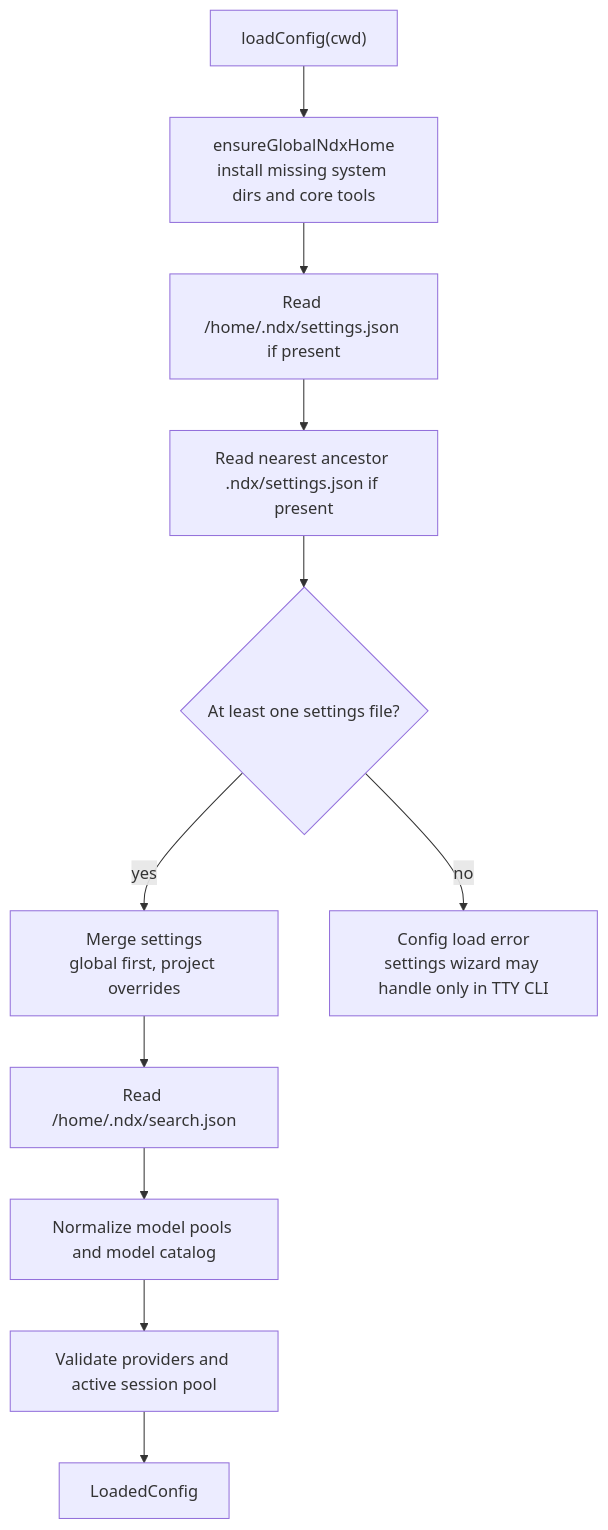
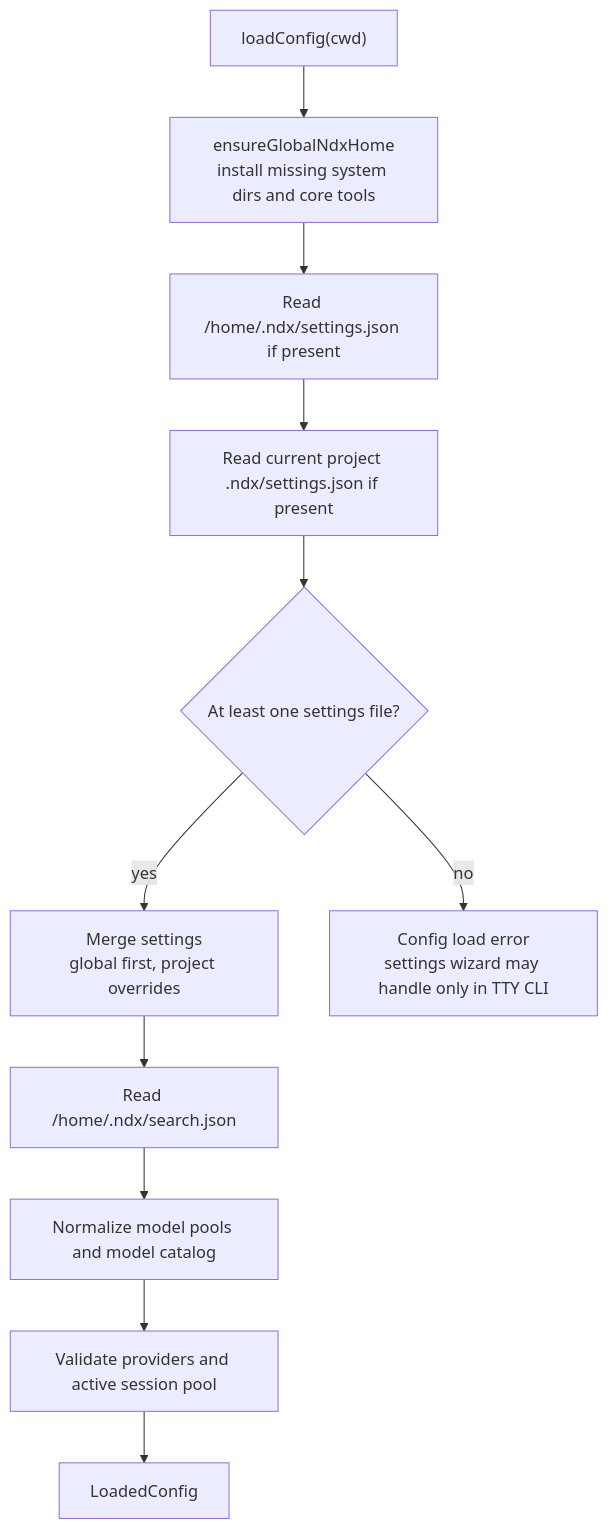
Before and after one commit to hikaMaeng/ndx: the tenth of 20 diagrams in docs/system-architecture.md, drawn with Mermaid. The commit also changed other lines of this file and 15 other files, not shown here.

````diff
--- a/docs/system-architecture.md
+++ b/docs/system-architecture.md
@@ -373,18 +373,18 @@
 ```mermaid
 flowchart TD
   start["loadConfig(cwd)"]
   bootstrap["ensureGlobalNdxHome\ninstall missing system dirs and core tools"]
   global["Read /home/.ndx/settings.json if present"]
-  project["Read nearest ancestor .ndx/settings.json if present"]
+  project["Read current project .ndx/settings.json if present"]
   exists{"At least one settings file?"}
   merge["Merge settings\nglobal first, project overrides"]
   search["Read /home/.ndx/search.json"]
   normalize["Normalize model pools and model catalog"]
   validate["Validate providers and active session pool"]
   loaded["LoadedConfig"]
   fail["Config load error\nsettings wizard may handle only in TTY CLI"]
 
   start --> bootstrap --> global --> project --> exists
   exists -->|"yes"| merge --> search --> normalize --> validate --> loaded
   exists -->|"no"| fail
 ```
````
